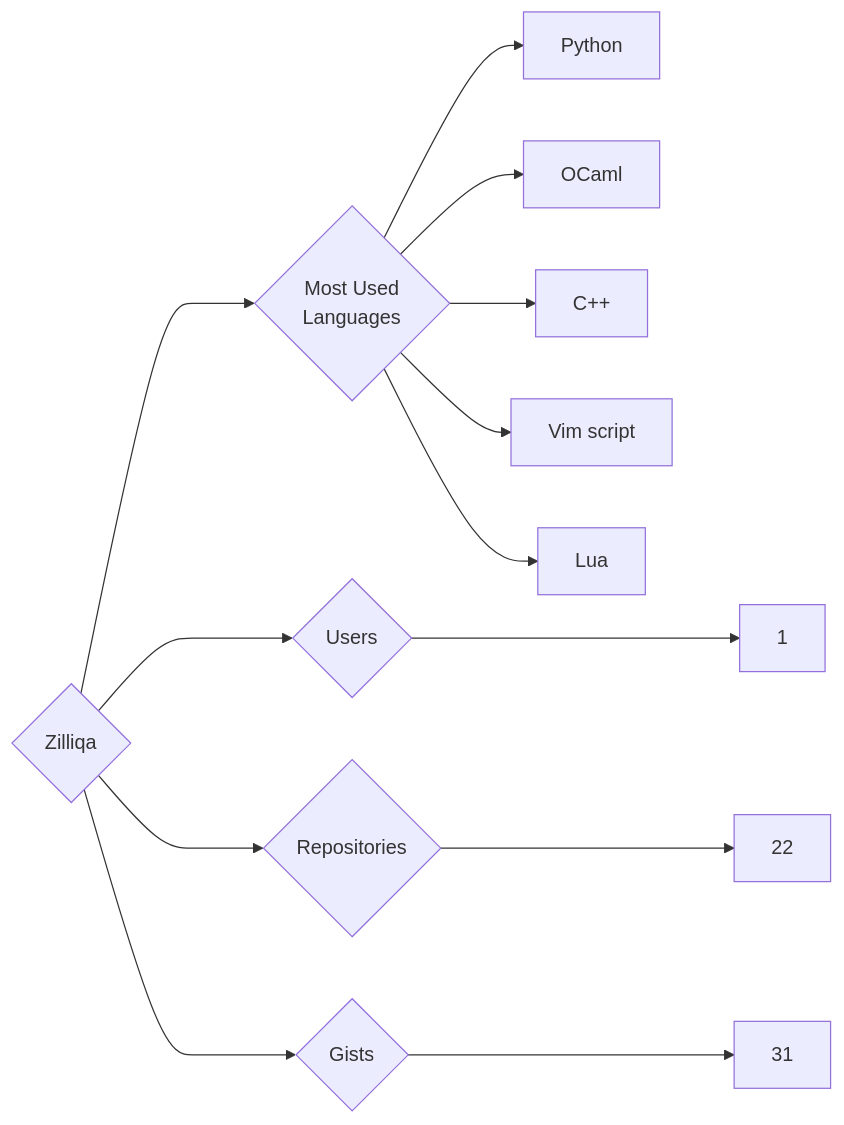
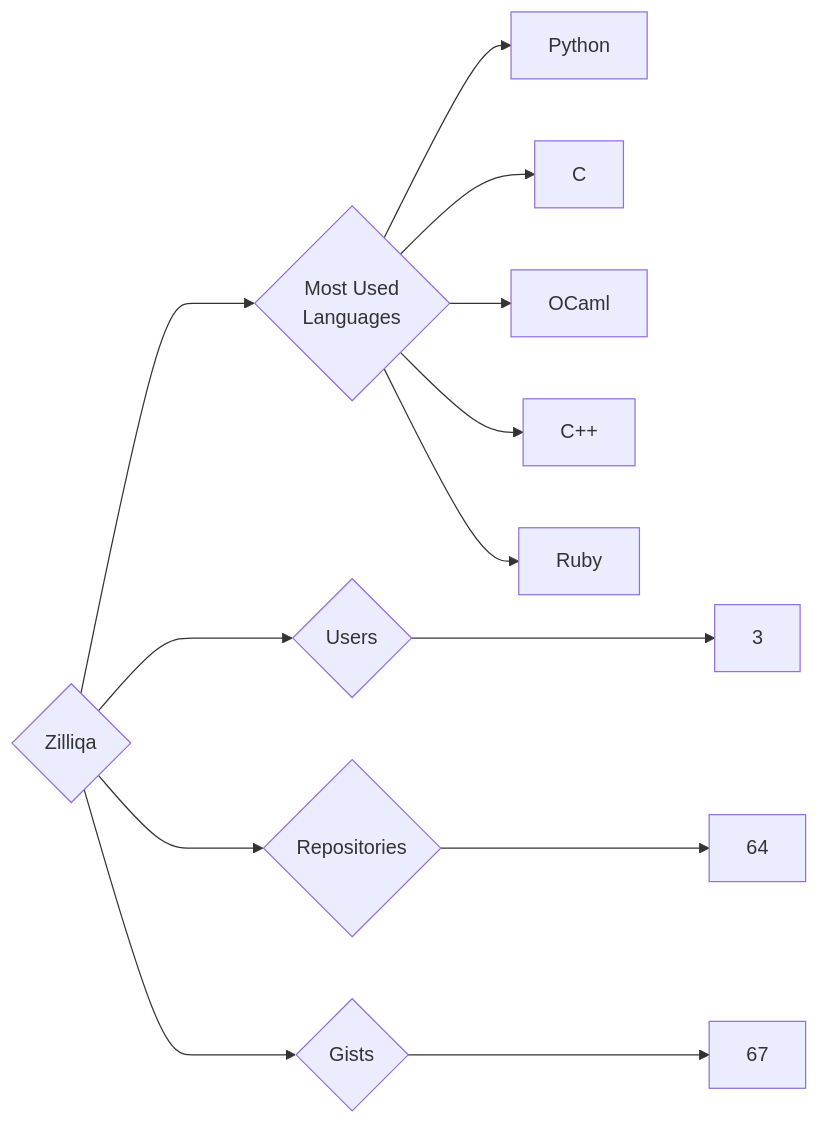
Before and after one commit to trickest/insiders: the diagram in targets/Zilliqa/README.md, drawn with Mermaid. The commit also changed 765 other files, not shown here.

````diff
--- a/targets/Zilliqa/README.md
+++ b/targets/Zilliqa/README.md
@@ -3,13 +3,13 @@
 ```mermaid
 graph LR
 COMPANY_NAME{Zilliqa}
-COMPANY_NAME ---> U{Users} ---> UN[1]
-COMPANY_NAME ---> R{Repositories} ---> RN[22]
-COMPANY_NAME ---> G{Gists} ---> GN[31]
+COMPANY_NAME ---> U{Users} ---> UN[3]
+COMPANY_NAME ---> R{Repositories} ---> RN[64]
+COMPANY_NAME ---> G{Gists} ---> GN[67]
 COMPANY_NAME ---> ML{Most Used<br>Languages}
 ML --> Python[Python]
+ML --> C[C]
 ML --> OCaml[OCaml]
 ML --> C++[C++]
-ML --> Vim_script[Vim script]
-ML --> Lua[Lua]
+ML --> Ruby[Ruby]
 ```
````
